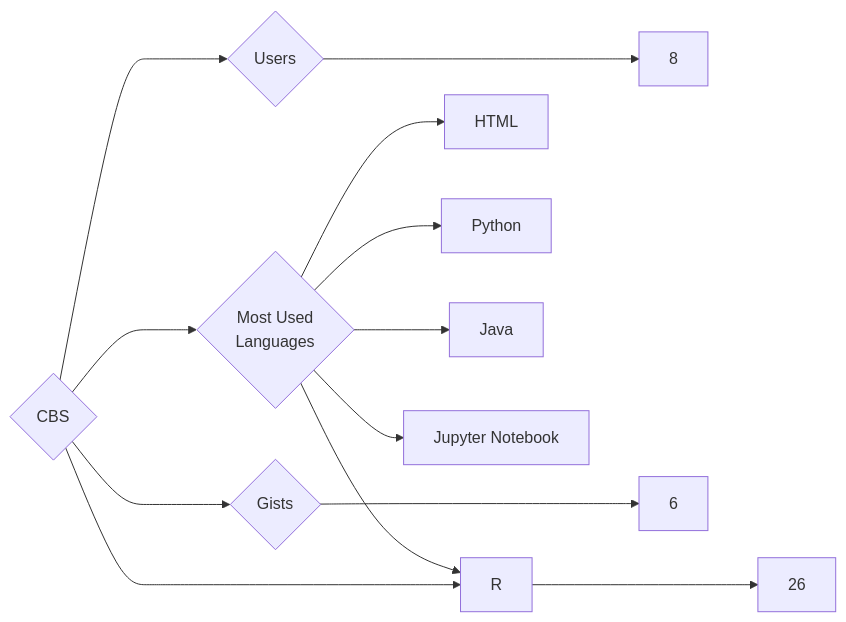
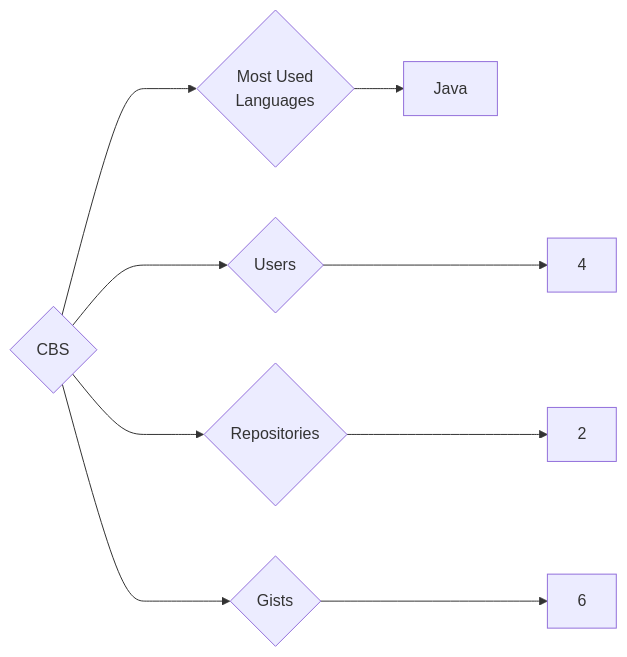
One commit to trickest/insiders changed the diagram in targets/CBS/README.md. Above: the diagram before and after it, drawn with Mermaid. The commit also changed 845 other files, not shown here.

````diff
--- a/targets/CBS/README.md
+++ b/targets/CBS/README.md
@@ -3,13 +3,9 @@
 ```mermaid
 graph LR
 COMPANY_NAME{CBS}
-COMPANY_NAME ---> U{Users} ---> UN[8]
-COMPANY_NAME ---> R{Repositories} ---> RN[26]
+COMPANY_NAME ---> U{Users} ---> UN[4]
+COMPANY_NAME ---> R{Repositories} ---> RN[2]
 COMPANY_NAME ---> G{Gists} ---> GN[6]
 COMPANY_NAME ---> ML{Most Used<br>Languages}
-ML --> HTML[HTML]
-ML --> Python[Python]
 ML --> Java[Java]
-ML --> R[R]
-ML --> Jupyter_Notebook[Jupyter Notebook]
 ```
````
